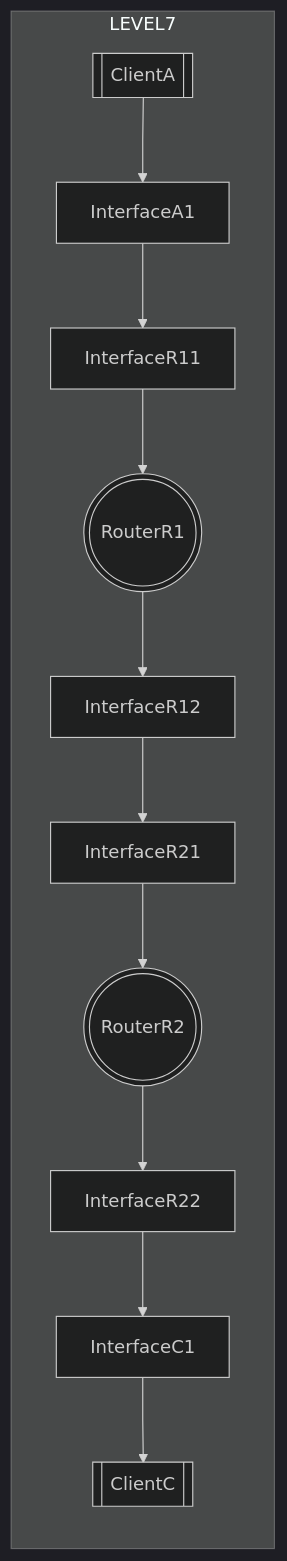
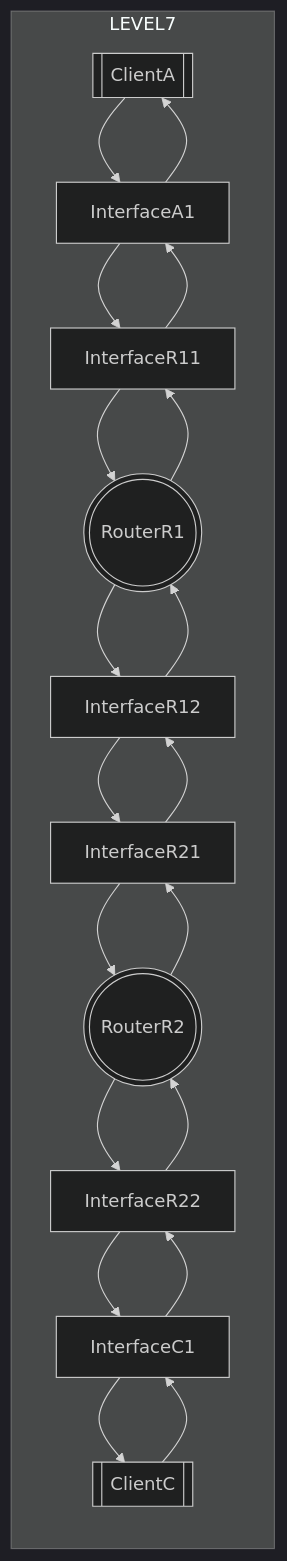
One commit to rikeda-cloud/net_practice changed the first of 2 diagrams in level7.md. Above: the diagram before and after it, drawn with Mermaid. The commit also changed other lines of this file and 9 other files, not shown here.

````diff
--- a/level7.md
+++ b/level7.md
@@ -15,19 +15,19 @@
 ```mermaid
 %%{init:{'theme': 'dark'}}%%
-%%{init:{'flowchart': {'curve': 'natural'}}}%%
 flowchart
 subgraph LEVEL7
     direction TB
     CA[[ClientA]]
     CC[[ClientC]]
     RR1(((RouterR1)))
     RR2(((RouterR2)))
     IA[InterfaceA1]
     IC[InterfaceC1]
     IR11[InterfaceR11]
     IR12[InterfaceR12]
     IR21[InterfaceR21]
     IR22[InterfaceR22]
     CA-->IA-->IR11-->RR1-->IR12-->IR21-->RR2-->IR22-->IC-->CC
+    CC-->IC-->IR22-->RR2-->IR21-->IR12-->RR1-->IR11-->IA-->CA
 end
 ```
````
